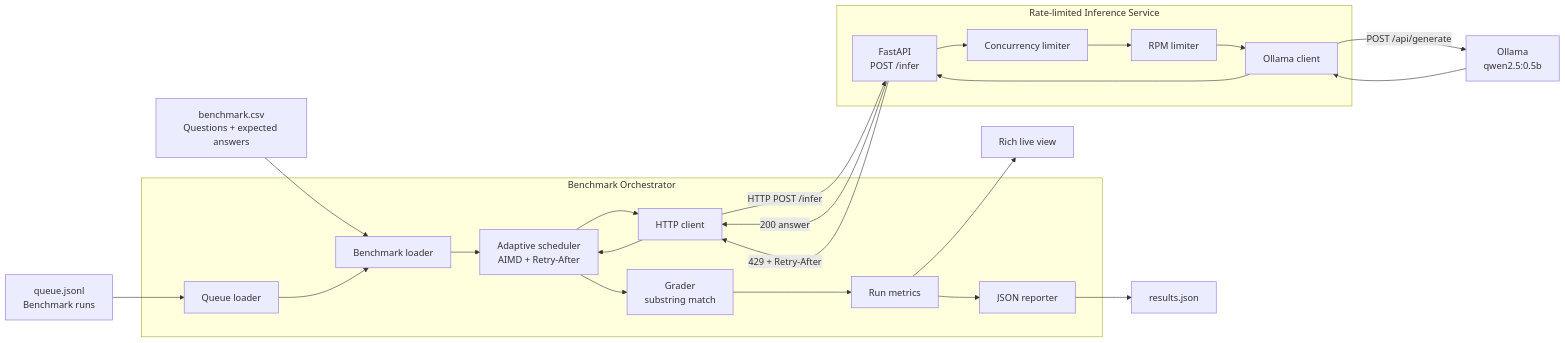
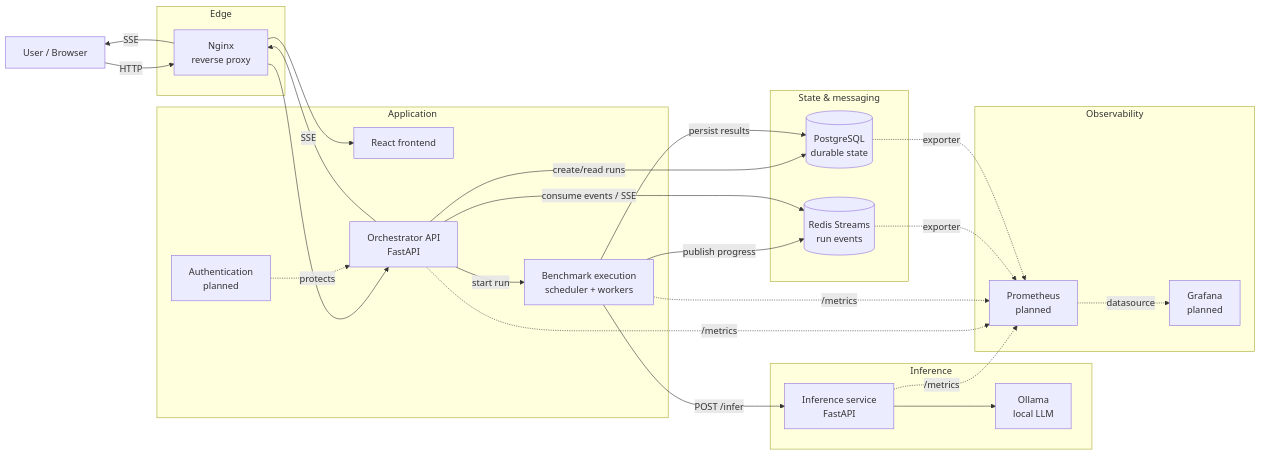
The first of 2 diagrams in README.md (NicolasLaube/benchmark-orchestration), drawn with Mermaid before and after one commit. The commit also changed other lines of this file and 6 other files, not shown here.

````diff
--- a/README.md
+++ b/README.md
@@ -92,50 +23,54 @@
 ```mermaid
 flowchart LR
-    Q[queue.jsonl<br/>Benchmark runs]
-    B[benchmark.csv<br/>Questions + expected answers]
+    U[User / Browser]
 
-    subgraph O[Benchmark Orchestrator]
-        QL[Queue loader]
-        BL[Benchmark loader]
-        S[Adaptive scheduler<br/>AIMD + Retry-After]
-        C[HTTP client]
-        G[Grader<br/>substring match]
-        M[Run metrics]
-        R[JSON reporter]
+    subgraph EDGE[Edge]
+        NGINX[Nginx<br/>reverse proxy]
     end
 
-    subgraph IS[Rate-limited Inference Service]
-        API[FastAPI<br/>POST /infer]
-        CL[Concurrency limiter]
-        RL[RPM limiter]
-        OC[Ollama client]
+    subgraph APP[Application]
+        FE[React frontend]
+        API[Orchestrator API<br/>FastAPI]
+        WORKER[Benchmark execution<br/>scheduler + workers]
+        AUTH[Authentication<br/>planned]
     end
 
-    OM[Ollama<br/>qwen2.5:0.5b]
-    LIVE[Rich live view]
-    OUT[results.json]
+    subgraph DATA[State & messaging]
+        PG[(PostgreSQL<br/>durable state)]
+        REDIS[(Redis Streams<br/>run events)]
+    end
 
-    Q --> QL
-    B --> BL
-    QL --> BL
-    BL --> S
-    S --> C
-    C -->|HTTP POST /infer| API
+    subgraph INFERENCE[Inference]
+        INF[Inference service<br/>FastAPI]
+        OLLAMA[Ollama<br/>local LLM]
+    end
 
-    API --> CL
-    CL --> RL
-    RL --> OC
-    OC -->|POST /api/generate| OM
-    OM --> OC
-    OC --> API
+    subgraph OBS[Observability]
+        PROM[Prometheus<br/>planned]
+        GRAF[Grafana<br/>planned]
+    end
 
-    API -->|200 answer| C
-    API -->|429 + Retry-After| C
+    U -->|HTTP| NGINX
+    NGINX --> FE
+    NGINX --> API
 
-    C --> S
-    S --> G
-    G --> M
-    M --> LIVE
-    M --> R
-    R --> OUT
+    AUTH -. protects .-> API
+
+    API -->|create/read runs| PG
+    API -->|start run| WORKER
+    WORKER -->|persist results| PG
+    WORKER -->|publish progress| REDIS
+    API -->|consume events / SSE| REDIS
+    API -->|SSE| NGINX
+    NGINX -->|SSE| U
+
+    WORKER -->|POST /infer| INF
+    INF --> OLLAMA
+
+    API -. /metrics .-> PROM
+    WORKER -. /metrics .-> PROM
+    INF -. /metrics .-> PROM
+    REDIS -. exporter .-> PROM
+    PG -. exporter .-> PROM
+    PROM -. datasource .-> GRAF
 ```
````
